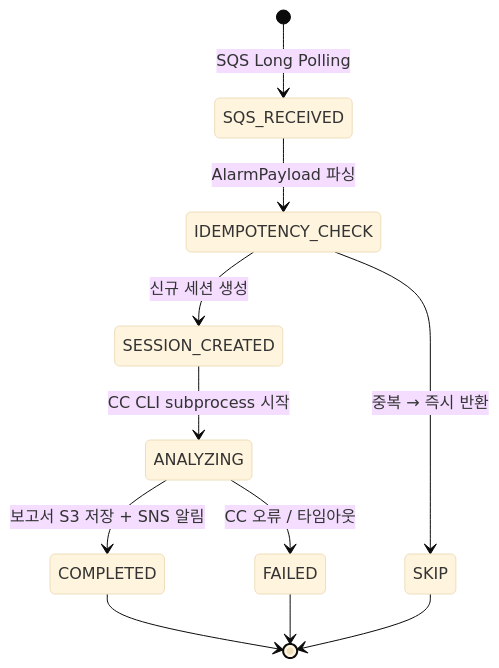
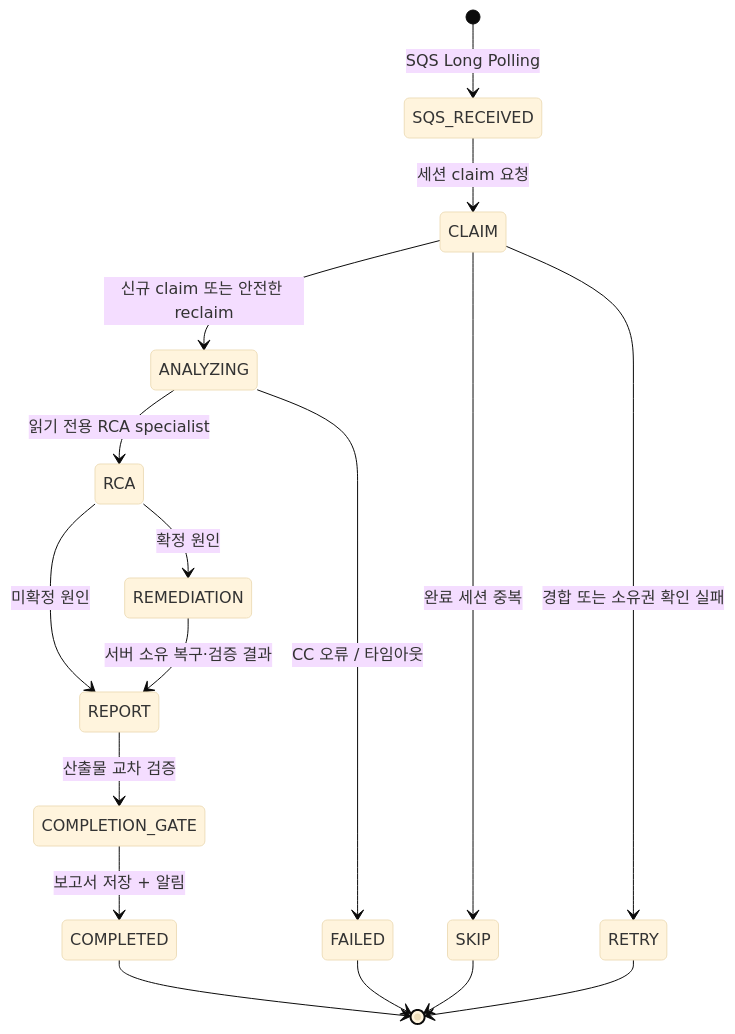
The third of 3 diagrams in docs/architecture.md (haandol/rca-agent), drawn with Mermaid (base theme) before and after one commit. The commit also changed other lines of this file and 154 other files, not shown here.

````diff
--- a/docs/architecture.md
+++ b/docs/architecture.md
@@ -136,13 +141,19 @@
 ```mermaid
 stateDiagram-v2
     [*] --> SQS_RECEIVED: SQS Long Polling
-    SQS_RECEIVED --> IDEMPOTENCY_CHECK: AlarmPayload 파싱
-    IDEMPOTENCY_CHECK --> SESSION_CREATED: 신규 세션 생성
-    IDEMPOTENCY_CHECK --> SKIP: 중복 → 즉시 반환
-    SESSION_CREATED --> ANALYZING: CC CLI subprocess 시작
-    ANALYZING --> COMPLETED: 보고서 S3 저장 + SNS 알림
+    SQS_RECEIVED --> CLAIM: 세션 claim 요청
+    CLAIM --> ANALYZING: 신규 claim 또는 안전한 reclaim
+    CLAIM --> SKIP: 완료 세션 중복
+    CLAIM --> RETRY: 경합 또는 소유권 확인 실패
+    ANALYZING --> RCA: 읽기 전용 RCA specialist
+    RCA --> REMEDIATION: 확정 원인
+    RCA --> REPORT: 미확정 원인
+    REMEDIATION --> REPORT: 서버 소유 복구·검증 결과
+    REPORT --> COMPLETION_GATE: 산출물 교차 검증
+    COMPLETION_GATE --> COMPLETED: 보고서 저장 + 알림
     ANALYZING --> FAILED: CC 오류 / 타임아웃
     COMPLETED --> [*]
     FAILED --> [*]
     SKIP --> [*]
+    RETRY --> [*]
 ```
````
